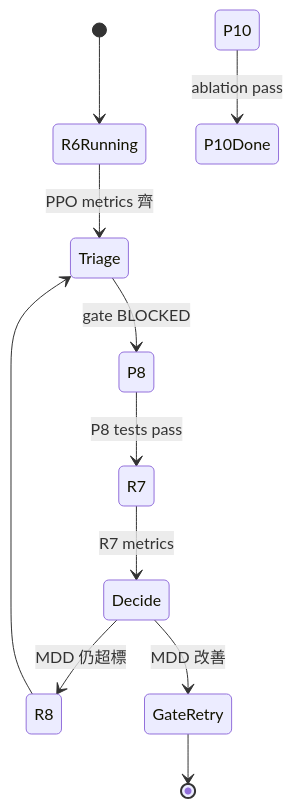
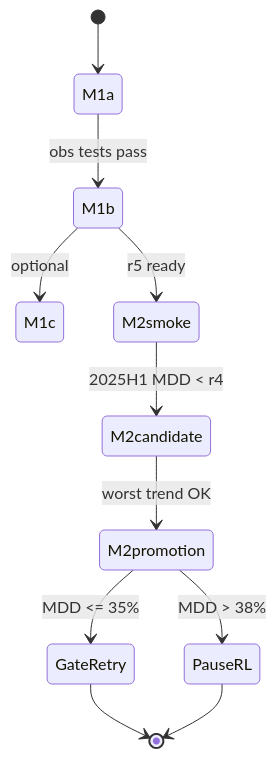
The diagram in docs/RESEARCH_LOOP.md (huanyan20/cp), drawn with Mermaid before and after one commit. The commit also changed other lines of this file and 54 other files, not shown here.

````diff
--- a/docs/RESEARCH_LOOP.md
+++ b/docs/RESEARCH_LOOP.md
@@ -168,13 +109,13 @@
 ```mermaid
 stateDiagram-v2
-    [*] --> R6Running
-    R6Running --> Triage: PPO metrics 齊
-    Triage --> P8: gate BLOCKED
-    P8 --> R7: P8 tests pass
-    R7 --> Decide: R7 metrics
-    Decide --> R8: MDD 仍超標
-    Decide --> GateRetry: MDD 改善
-    P10 --> P10Done: ablation pass
-    R8 --> Triage
+    [*] --> M1a
+    M1a --> M1b: obs tests pass
+    M1b --> M1c: optional
+    M1b --> M2smoke: r5 ready
+    M2smoke --> M2candidate: 2025H1 MDD < r4
+    M2candidate --> M2promotion: worst trend OK
+    M2promotion --> GateRetry: MDD <= 35%
+    M2promotion --> PauseRL: MDD > 38%
     GateRetry --> [*]
+    PauseRL --> [*]
 ```
````
